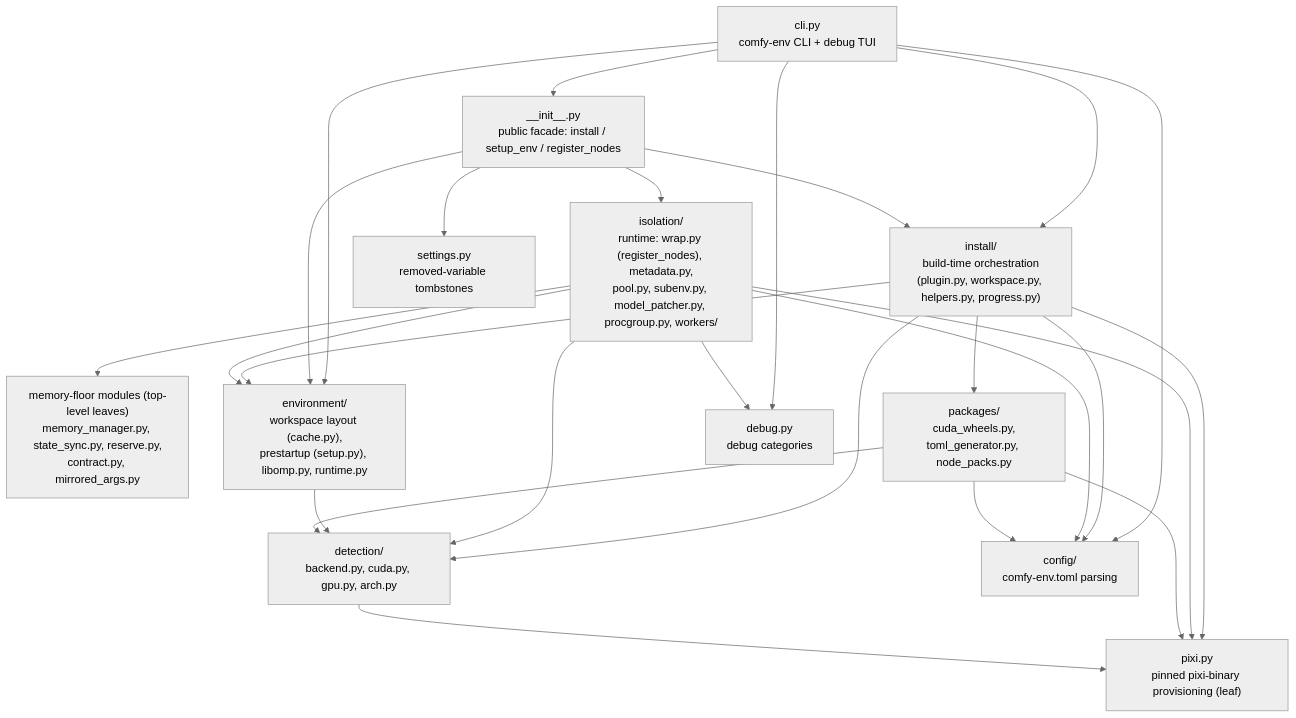
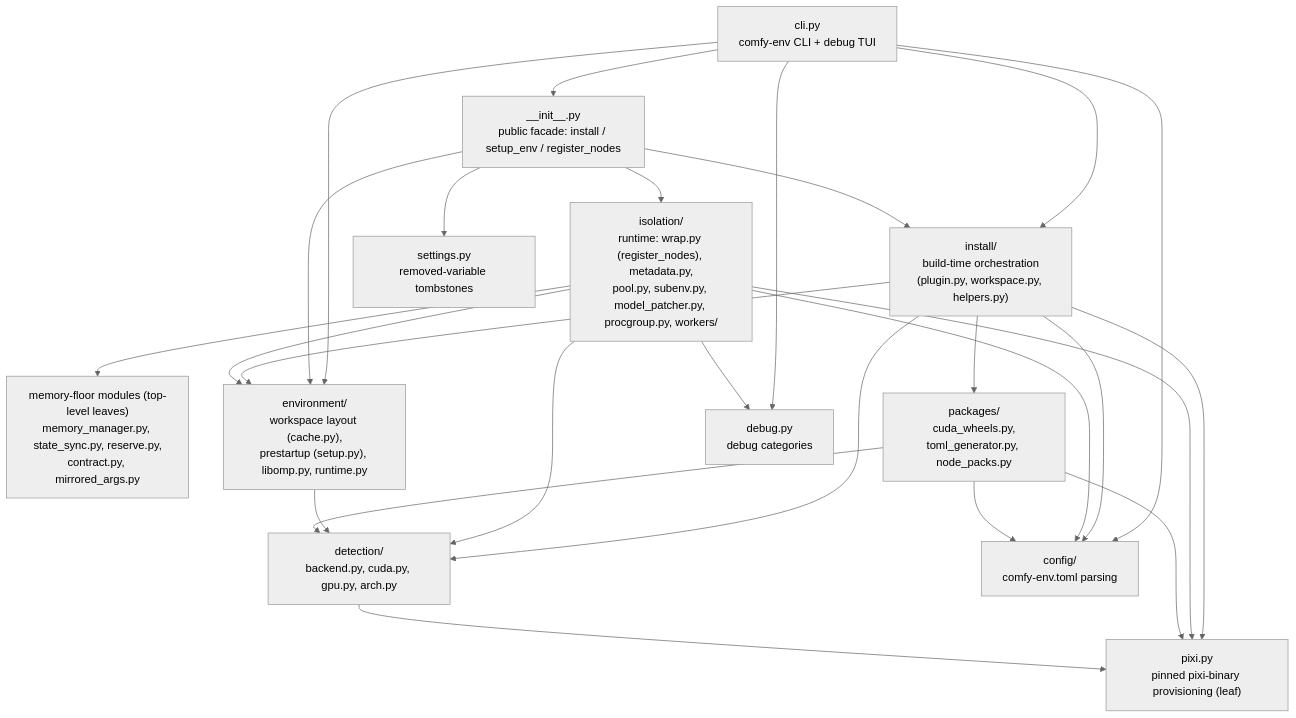
Before and after one commit to Comfy-Forge/comfy-forge-docs: the diagram in docs/comfy-env/import-layering.md, drawn with Mermaid (neutral theme). The commit also changed 4 other files, not shown here.

First line of the commit message:
comfy-env: the install progress counter is gone

````diff
--- a/docs/comfy-env/import-layering.md
+++ b/docs/comfy-env/import-layering.md
@@ -41,41 +41,41 @@
 ```mermaid
 flowchart TD
     cli["cli.py<br/>comfy-env CLI + debug TUI"]
     facade["__init__.py<br/>public facade: install / setup_env / register_nodes"]
-    install["install/<br/>build-time orchestration<br/>(plugin.py, workspace.py, helpers.py, progress.py)"]
+    install["install/<br/>build-time orchestration<br/>(plugin.py, workspace.py, helpers.py)"]
     isolation["isolation/<br/>runtime: wrap.py (register_nodes), metadata.py,<br/>pool.py, subenv.py, model_patcher.py, procgroup.py, workers/"]
     floor["memory-floor modules (top-level leaves)<br/>memory_manager.py, state_sync.py, reserve.py,<br/>contract.py, mirrored_args.py"]
     environment["environment/<br/>workspace layout (cache.py),<br/>prestartup (setup.py), libomp.py, runtime.py"]
     packages["packages/<br/>cuda_wheels.py,<br/>toml_generator.py, node_packs.py"]
     detection["detection/<br/>backend.py, cuda.py, gpu.py, arch.py"]
     pixi["pixi.py<br/>pinned pixi-binary provisioning (leaf)"]
     config["config/<br/>comfy-env.toml parsing"]
     settings["settings.py<br/>removed-variable tombstones"]
     debug["debug.py<br/>debug categories"]
 
     cli --> facade
     cli --> install
     cli --> environment
     cli --> config
     cli --> debug
     facade --> install
     facade --> isolation
     facade --> environment
     facade --> settings
     install --> packages
     install --> environment
     install --> detection
     install --> config
     install --> pixi
     isolation --> environment
     isolation --> detection
     isolation --> config
     isolation --> debug
     isolation --> pixi
     isolation --> floor
     environment --> detection
     packages --> detection
     packages --> config
     packages --> pixi
     detection --> pixi
 ```
````
